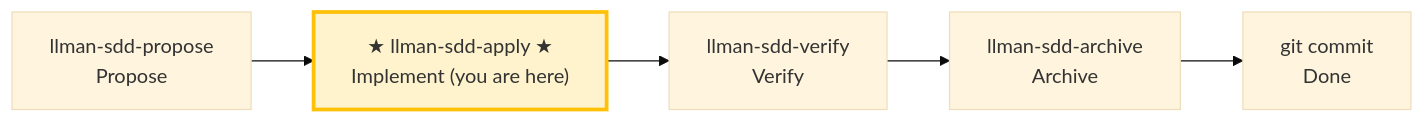
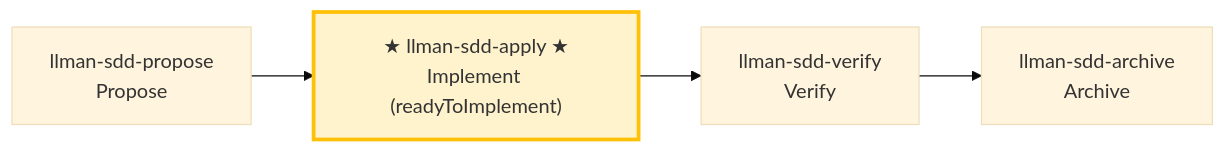
The diagram in .agents/skills/llman-sdd-apply/SKILL.md (StrayDragon/dapz), drawn with Mermaid (base theme) before and after one commit. The commit also changed other lines of this file and 31 other files, not shown here.

Commit message:
chore(sdd): migrate to single-track feature-as-spec (llman 0.0.68)

````diff
--- a/.agents/skills/llman-sdd-apply/SKILL.md
+++ b/.agents/skills/llman-sdd-apply/SKILL.md
@@ -19,10 +30,9 @@
 ```mermaid
 flowchart LR
     propose["llman-sdd-propose<br/>Propose"] --> apply
-    apply["★ llman-sdd-apply ★<br/>Implement (you are here)"]
+    apply["★ llman-sdd-apply ★<br/>Implement (readyToImplement)"]
     apply --> verify["llman-sdd-verify<br/>Verify"]
     verify --> archive["llman-sdd-archive<br/>Archive"]
-    archive --> commit["git commit<br/>Done"]
 
     style apply fill:#fff3cd,stroke:#ffc107,stroke-width:3px
 ```
````
